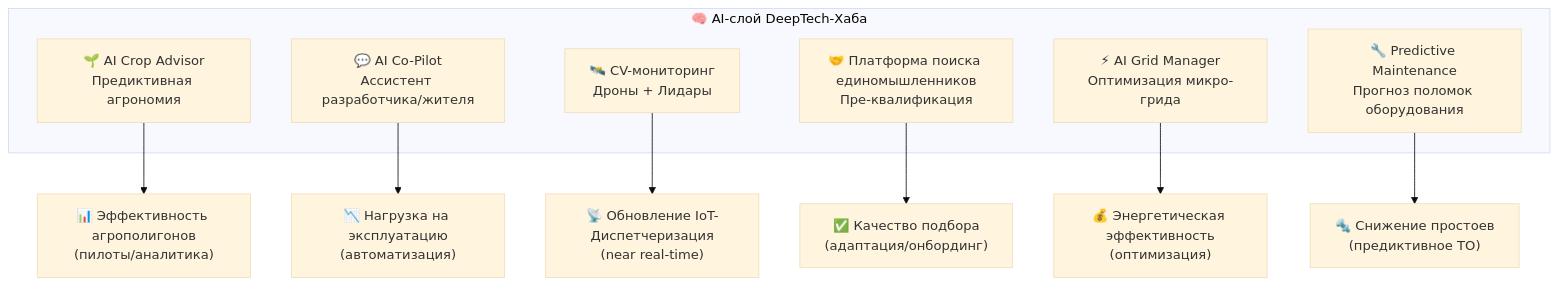
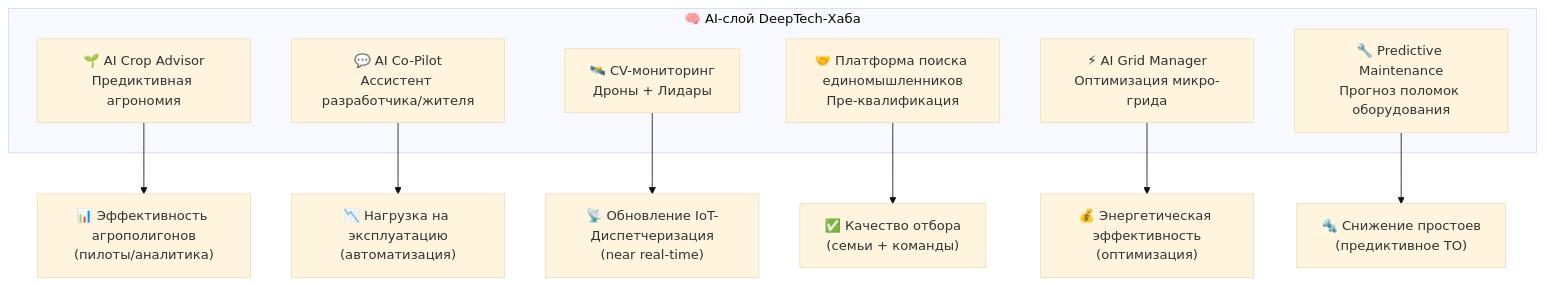
The third of 7 diagrams in ТЭО_Родовое_Поместье_Кейс/ТЭО_Родовое_Поместье_Раздел_3_Описание_концепции.md (NeuroLoft/NEURO-ESTATE), drawn with Mermaid (base theme) before and after one commit. The commit also changed other lines of this file and 29 other files, not shown here.

````diff
--- a/ТЭО_Родовое_Поместье_Кейс/ТЭО_Родовое_Поместье_Раздел_3_Описание_концепции.md
+++ b/ТЭО_Родовое_Поместье_Кейс/ТЭО_Родовое_Поместье_Раздел_3_Описание_концепции.md
@@ -273,17 +301,17 @@
 ```mermaid
 flowchart TB
     subgraph AI["🧠 AI-слой DeepTech-Хаба"]
         A1["🌱 AI Crop Advisor\nПредиктивная агрономия"]
         A2["💬 AI Co-Pilot\nАссистент разработчика/жителя"]
         A3["🛰️ CV-мониторинг\nДроны + Лидары"]
         A4["🤝 Платформа поиска единомышленников\nПре-квалификация"]
         A5["⚡ AI Grid Manager\nОптимизация микро-грида"]
         A6["🔧 Predictive Maintenance\nПрогноз поломок оборудования"]
     end
     A1 --> KPI["📊 Эффективность агрополигонов\n(пилоты/аналитика)"]
     A2 --> KPI2["📉 Нагрузка на эксплуатацию\n(автоматизация)"]
     A3 --> KPI3["📡 Обновление IoT-Диспетчеризация\n(near real-time)"]
-    A4 --> KPI4["✅ Качество подбора\n(адаптация/онбординг)"]
+    A4 --> KPI4["✅ Качество отбора\n(семьи + команды)"]
     A5 --> KPI5["💰 Энергетическая эффективность\n(оптимизация)"]
     A6 --> KPI6["🔩 Снижение простоев\n(предиктивное ТО)"]
 ```
````
